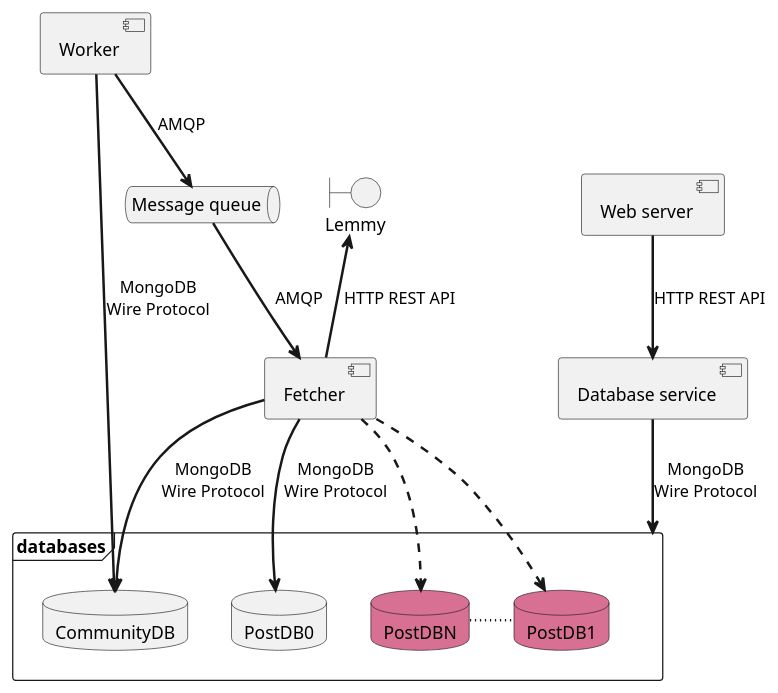
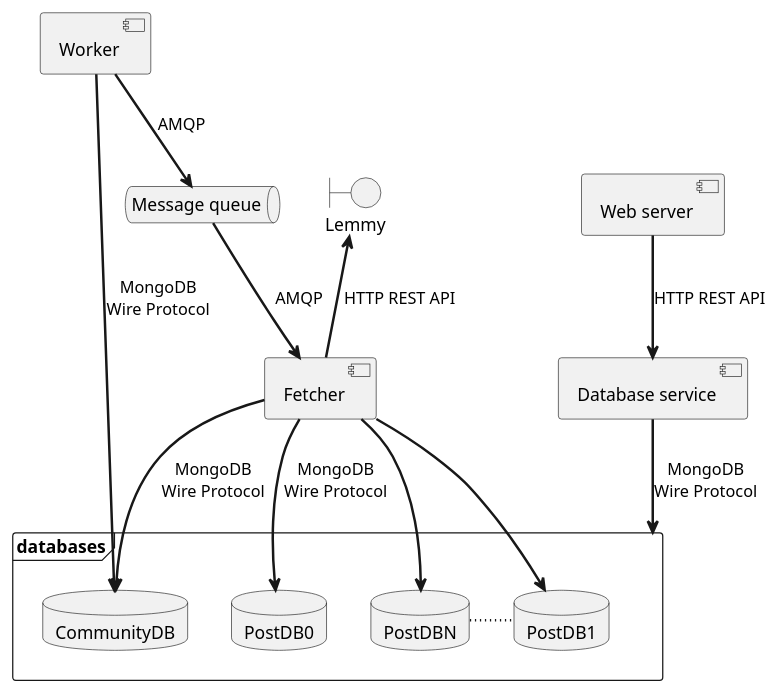
Before and after one commit to vigge93-BTH-courses/PA2557-Tillampad-Cloud-Computing-och-Big-Data: the diagram in Architecture.puml, drawn with PlantUML. The commit also changed 6 other files, not shown here.

```diff
--- a/Architecture.puml
+++ b/Architecture.puml
@@ -1,34 +1,34 @@
 @startuml Architecture
 skinparam sequenceArrowThickness 2
 frame databases {
     database "CommunityDB"
     database "PostDB0"
-    database "PostDB1" #PaleVioletRed
-    database "PostDBN" #PaleVioletRed
+    database "PostDB1"
+    database "PostDBN"
 }
 
 PostDBN ~ PostDB1
 PostDB1 -[hidden]> PostDB0 
 PostDB0 -[hidden]> CommunityDB 
 
 component WebServer as "Web server"
 component LemmyFetcher as "Fetcher"
 component CommunityWorker as "Worker"
 component DatabaseService as "Database service"
 
 DatabaseService --> databases: MongoDB\nWire Protocol
 
 WebServer --> DatabaseService: HTTP REST API
 CommunityWorker --> CommunityDB: MongoDB\nWire Protocol
-LemmyFetcher -[dashed]-> PostDBN
-LemmyFetcher -[dashed]-> PostDB1
+LemmyFetcher --> PostDBN
+LemmyFetcher --> PostDB1
 LemmyFetcher --> PostDB0: MongoDB\nWire Protocol
 LemmyFetcher --> CommunityDB: MongoDB\nWire Protocol
 
 queue Messageq as "Message queue"
 CommunityWorker --> Messageq: AMQP
 Messageq --> LemmyFetcher: AMQP
 
 boundary Lemmy
 LemmyFetcher -up-> Lemmy: HTTP REST API
 @enduml
```
